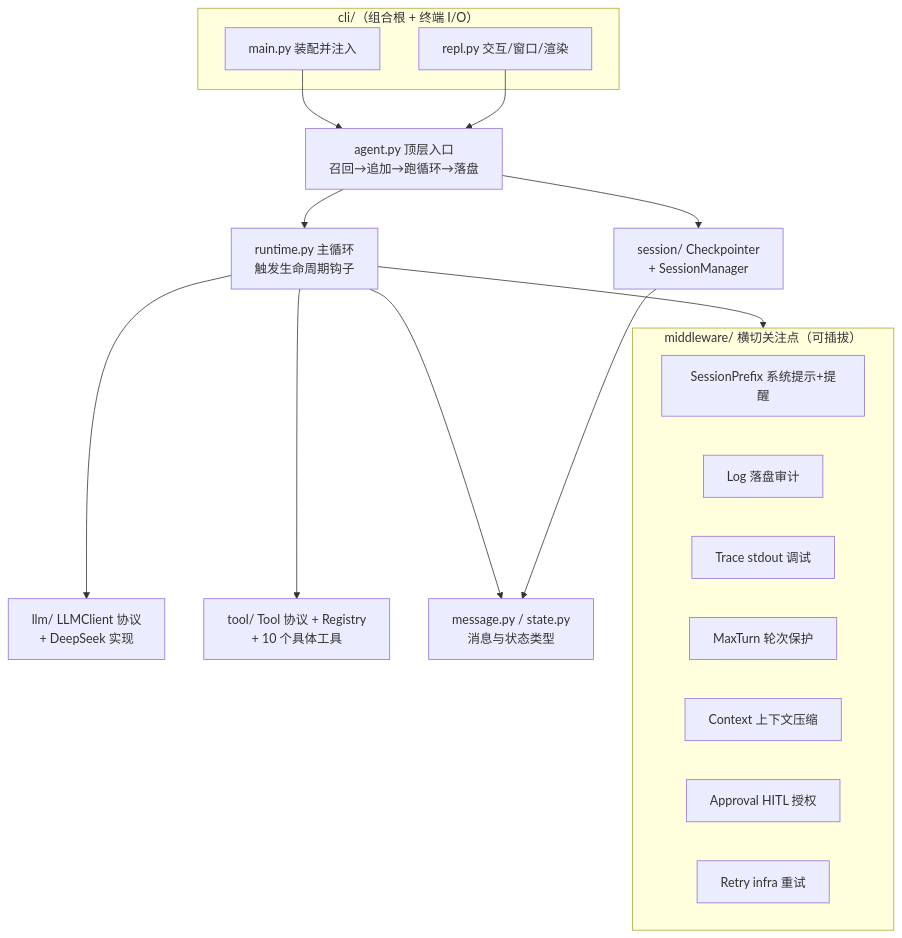
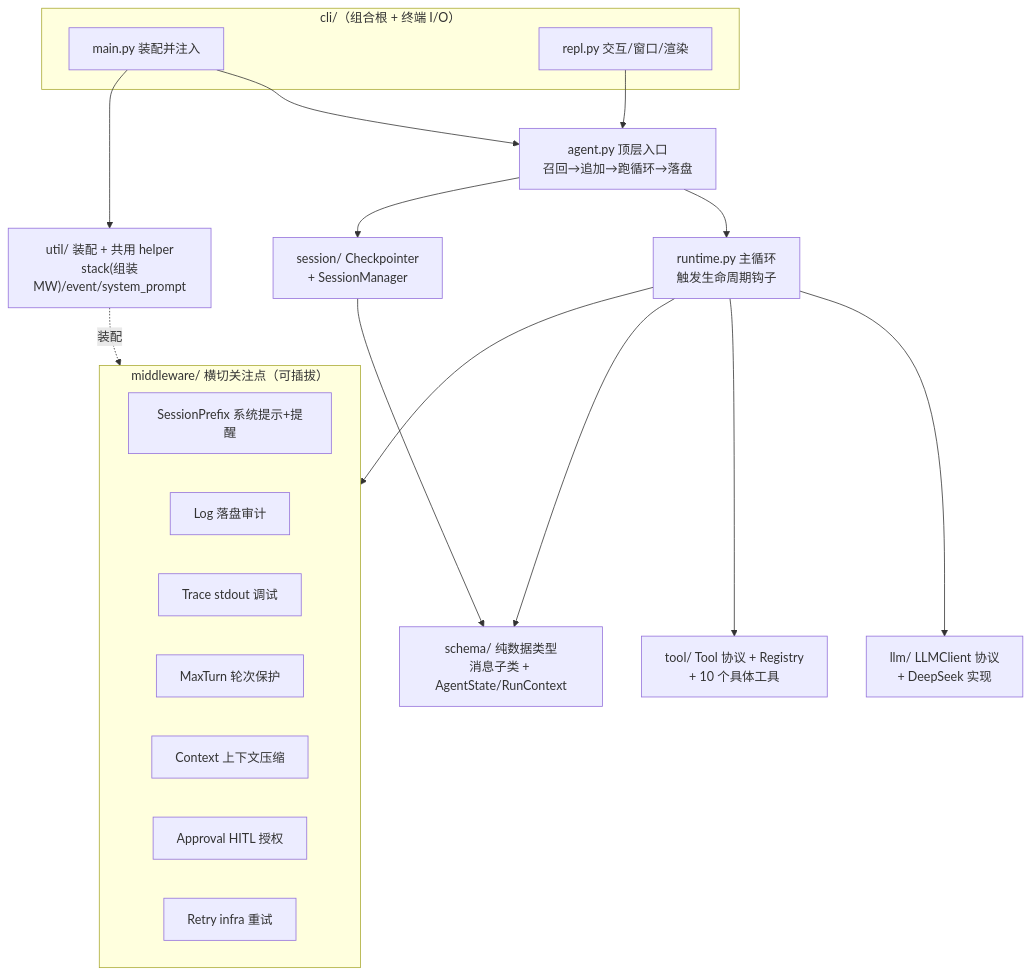
The diagram in doc/agent-design/01-mental-model.md (hxy2321548628/agent_mvp), drawn with Mermaid before and after one commit. The commit also changed other lines of this file and 4 other files, not shown here.

````diff
--- a/doc/agent-design/01-mental-model.md
+++ b/doc/agent-design/01-mental-model.md
@@ -28,35 +28,38 @@
 ```mermaid
 graph TD
     subgraph CLI["cli/（组合根 + 终端 I/O）"]
         main["main.py 装配并注入"]
         repl["repl.py 交互/窗口/渲染"]
     end
 
     agent["agent.py 顶层入口<br/>召回→追加→跑循环→落盘"]
     runtime["runtime.py 主循环<br/>触发生命周期钩子"]
 
     subgraph MW["middleware/ 横切关注点（可插拔）"]
         prefix["SessionPrefix 系统提示+提醒"]
         log["Log 落盘审计"]
         trace["Trace stdout 调试"]
         maxturn["MaxTurn 轮次保护"]
         context["Context 上下文压缩"]
         approval["Approval HITL 授权"]
         retry["Retry infra 重试"]
     end
 
     llm["llm/ LLMClient 协议<br/>+ DeepSeek 实现"]
     tool["tool/ Tool 协议 + Registry<br/>+ 10 个具体工具"]
     session["session/ Checkpointer<br/>+ SessionManager"]
-    state["message.py / state.py<br/>消息与状态类型"]
+    schema["schema/ 纯数据类型<br/>消息子类 + AgentState/RunContext"]
+    util["util/ 装配 + 共用 helper<br/>stack(组装MW)/event/system_prompt"]
 
     main --> agent
+    main --> util
     repl --> agent
     agent --> runtime
     agent --> session
     runtime --> MW
     runtime --> llm
     runtime --> tool
-    runtime --> state
-    session --> state
+    runtime --> schema
+    session --> schema
+    util -.装配.-> MW
 ```
````
